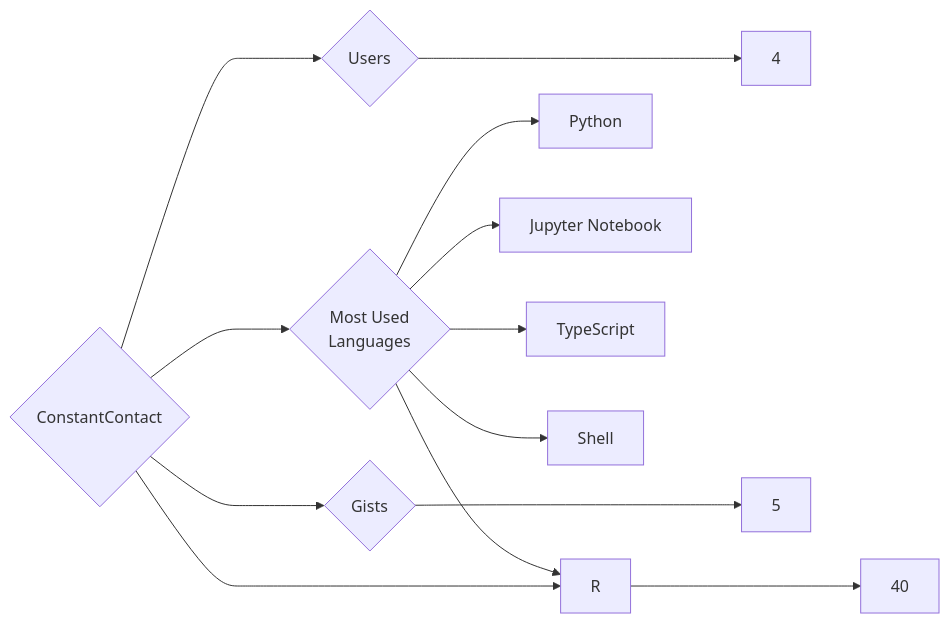
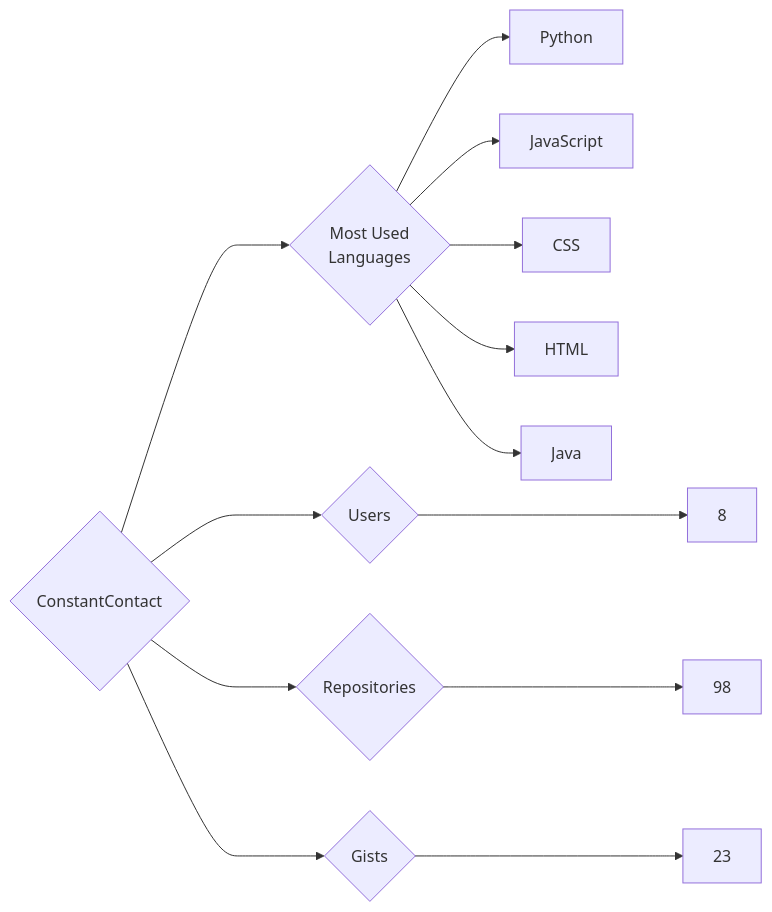
One commit to trickest/insiders changed the diagram in targets/ConstantContact/README.md. Above: the diagram before and after it, drawn with Mermaid. The commit also changed 783 other files, not shown here.

````diff
--- a/targets/ConstantContact/README.md
+++ b/targets/ConstantContact/README.md
@@ -3,13 +3,13 @@
 ```mermaid
 graph LR
 COMPANY_NAME{ConstantContact}
-COMPANY_NAME ---> U{Users} ---> UN[4]
-COMPANY_NAME ---> R{Repositories} ---> RN[40]
-COMPANY_NAME ---> G{Gists} ---> GN[5]
+COMPANY_NAME ---> U{Users} ---> UN[8]
+COMPANY_NAME ---> R{Repositories} ---> RN[98]
+COMPANY_NAME ---> G{Gists} ---> GN[23]
 COMPANY_NAME ---> ML{Most Used<br>Languages}
 ML --> Python[Python]
-ML --> Jupyter_Notebook[Jupyter Notebook]
-ML --> R[R]
-ML --> TypeScript[TypeScript]
-ML --> Shell[Shell]
+ML --> JavaScript[JavaScript]
+ML --> CSS[CSS]
+ML --> HTML[HTML]
+ML --> Java[Java]
 ```
````
